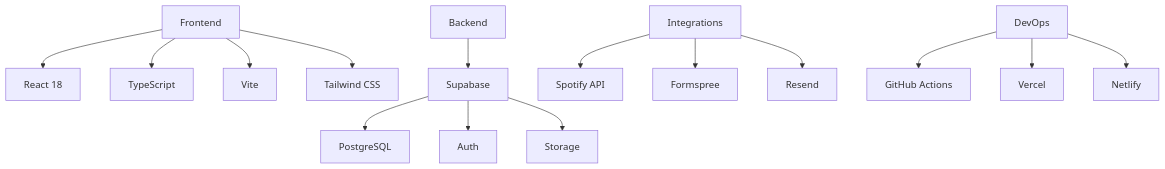
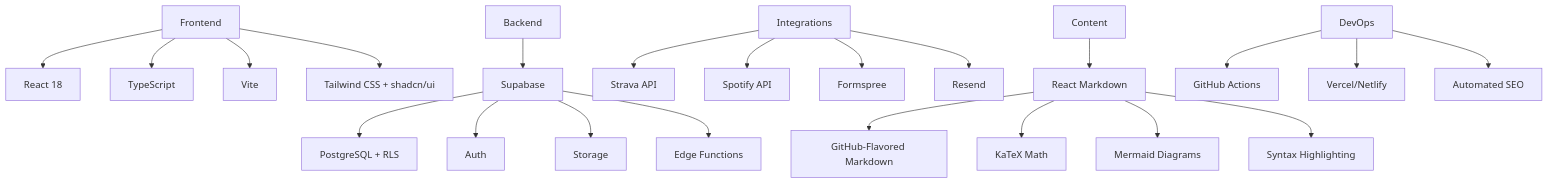
The diagram in README.md (imaddde867/imadlab), drawn with Mermaid before and after one commit. The commit also changed other lines of this file and 2 other files, not shown here.

````diff
--- a/README.md
+++ b/README.md
@@ -46,20 +47,28 @@
 ```mermaid
 graph TD
     A[Frontend] --> B[React 18]
     A --> C[TypeScript]
     A --> D[Vite]
-    A --> E[Tailwind CSS]
+    A --> E[Tailwind CSS + shadcn/ui]
     
     F[Backend] --> G[Supabase]
-    G --> H[PostgreSQL]
+    G --> H[PostgreSQL + RLS]
     G --> I[Auth]
     G --> J[Storage]
+    G --> K[Edge Functions]
     
-    K[Integrations] --> L[Spotify API]
-    K --> M[Formspree]
-    K --> N[Resend]
+    L[Integrations] --> M[Strava API]
+    L --> N[Spotify API]
+    L --> O[Formspree]
+    L --> P[Resend]
     
-    O[DevOps] --> P[GitHub Actions]
-    O --> Q[Vercel]
-    O --> R[Netlify]
+    Q[Content] --> R[React Markdown]
+    R --> S[GitHub-Flavored Markdown]
+    R --> T[KaTeX Math]
+    R --> U[Mermaid Diagrams]
+    R --> V[Syntax Highlighting]
+    
+    W[DevOps] --> X[GitHub Actions]
+    W --> Y[Vercel/Netlify]
+    W --> Z[Automated SEO]
 ```
````
